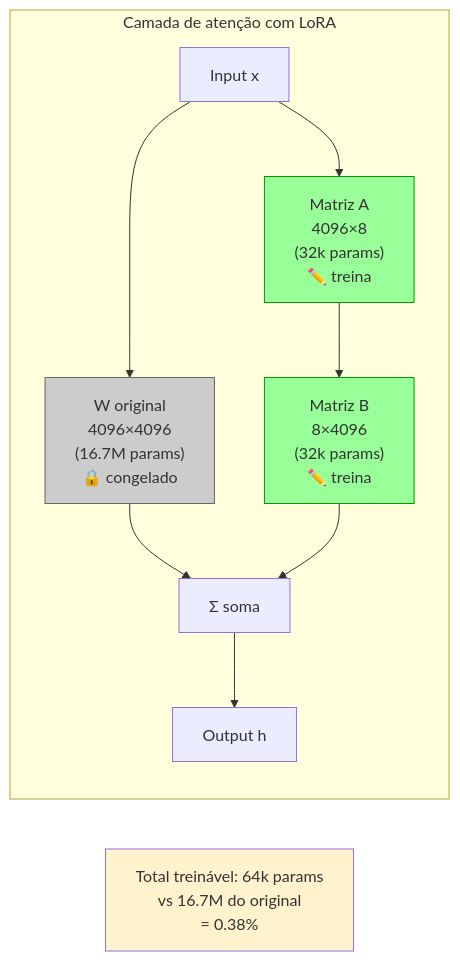
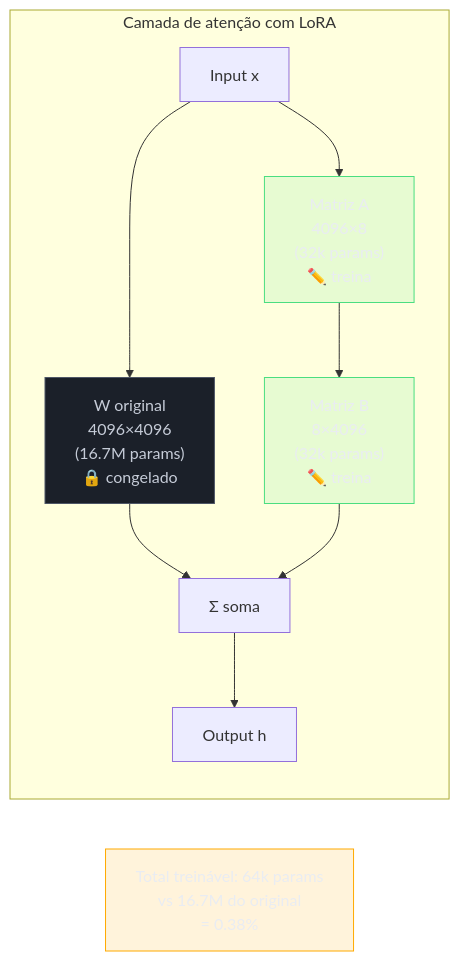
Before and after one commit to josenaldo/codex-technomanticus: the first of 4 diagrams in 03-Dominios/Tecnologia/IA/Anatomia dos LLMs/21 - Fine-tuning na prática — LoRA, QLoRA, DPO.md, drawn with Mermaid. The commit also changed other lines of this file and 1181 other files, not shown here.

First line of the commit message:
fix(diagramas): paleta do sistema no lugar de cor cravada no markdown

````diff
--- a/03-Dominios/Tecnologia/IA/Anatomia dos LLMs/21 - Fine-tuning na prática — LoRA, QLoRA, DPO.md
+++ b/03-Dominios/Tecnologia/IA/Anatomia dos LLMs/21 - Fine-tuning na prática — LoRA, QLoRA, DPO.md
@@ -77,16 +77,19 @@
 ```mermaid
 graph LR
+    classDef neutro fill:#1B2029,stroke:#4E5666,color:#C6CCD8
+    classDef ok fill:#4ADE8021,stroke:#4ADE80,color:#E9ECF2
+    classDef destaque fill:#FFAA0024,stroke:#FFAA00,color:#E9ECF2
     subgraph "Camada de atenção com LoRA"
         X["Input x"] --> W["W original\n4096×4096\n(16.7M params)\n🔒 congelado"]
         X --> A["Matriz A\n4096×8\n(32k params)\n✏️ treina"]
         A --> B["Matriz B\n8×4096\n(32k params)\n✏️ treina"]
         W --> SUM["Σ soma"]
         B --> SUM
         SUM --> Y["Output h"]
     end
     note1["Total treinável: 64k params\nvs 16.7M do original\n= 0.38%"]
-    style W fill:#cccccc,stroke:#666666
-    style A fill:#99ff99,stroke:#009900
-    style B fill:#99ff99,stroke:#009900
-    style note1 fill:#fff3cd
+    class W neutro
+    class A ok
+    class B ok
+    class note1 destaque
 ```
````
